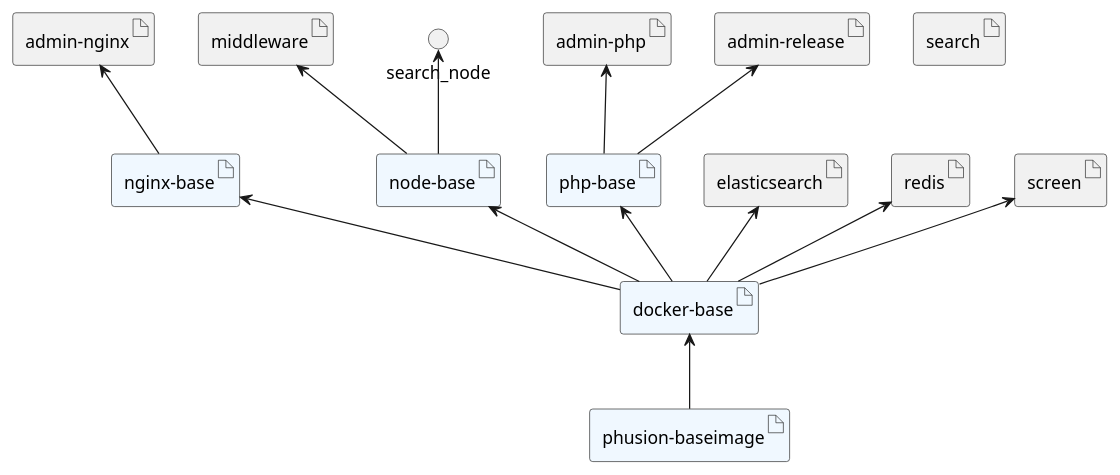
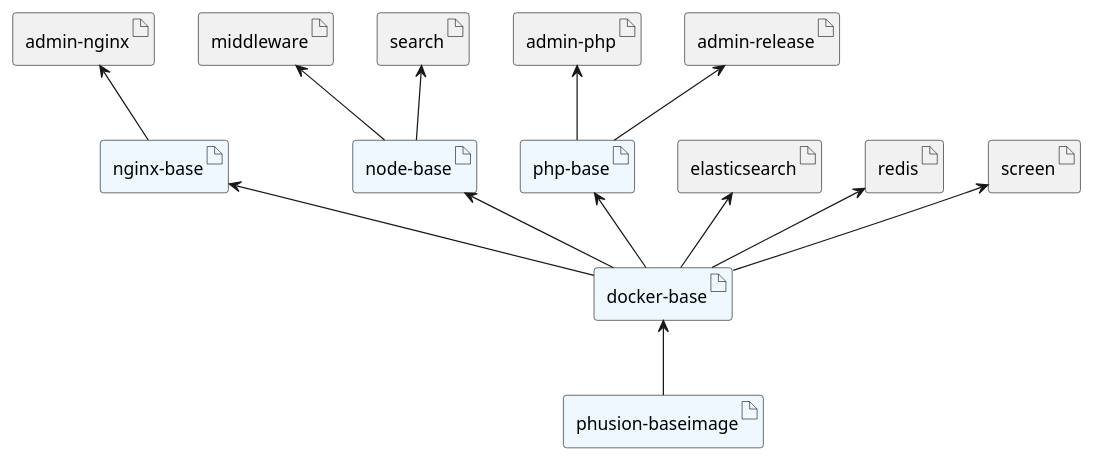
The diagram in documentation/diagrams/image-hierarchy.plantuml (rvk-utd/os2display-docker), drawn with PlantUML before and after one commit.

```diff
--- a/documentation/diagrams/image-hierarchy.plantuml
+++ b/documentation/diagrams/image-hierarchy.plantuml
@@ -1,31 +1,31 @@
 @startuml
 
 artifact phusion_baseimage as "phusion-baseimage" #AliceBlue
 artifact docker_base as "docker-base" #AliceBlue
 artifact nginx_base as "nginx-base"  #AliceBlue
 artifact node_base as "node-base" #AliceBlue
 artifact php_base as "php-base" #AliceBlue
 artifact admin_nginx as "admin-nginx"
 artifact admin_php as "admin-php"
 artifact admin_release as "admin-release"
 artifact elasticsearch
 artifact middleware
 artifact redis
 artifact search
 artifact screen
 
 docker_base <-- phusion_baseimage
 nginx_base <-- docker_base
 node_base <-- docker_base
 php_base <-- docker_base
 
 screen <-- docker_base
 admin_nginx <-- nginx_base
 admin_php <-- php_base
 elasticsearch <-- docker_base
-search_node <-- node_base
+search <-- node_base
 middleware <-- node_base
 admin_release <-- php_base
 redis <-- docker_base
 
 @enduml
```
